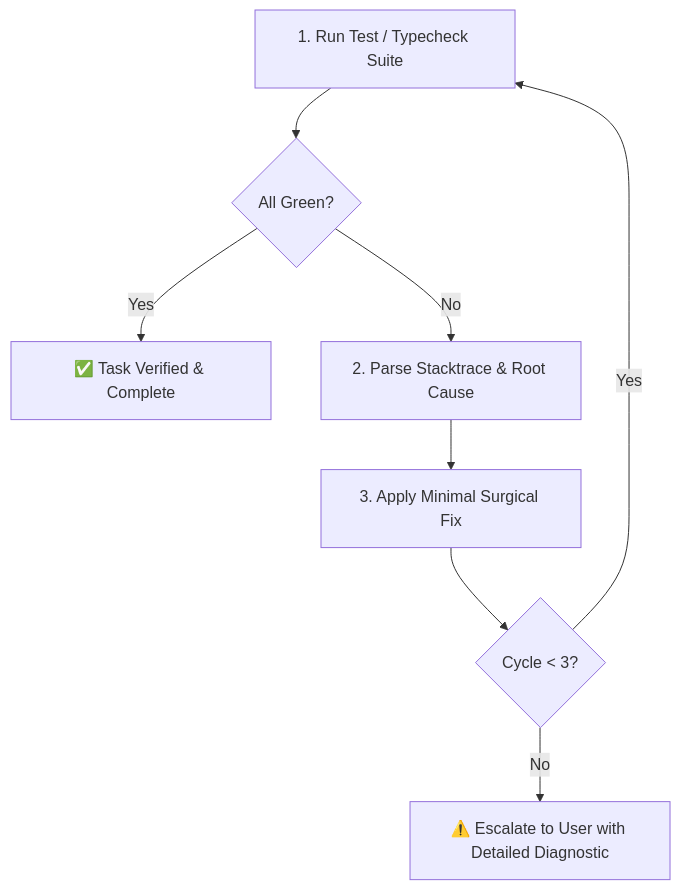
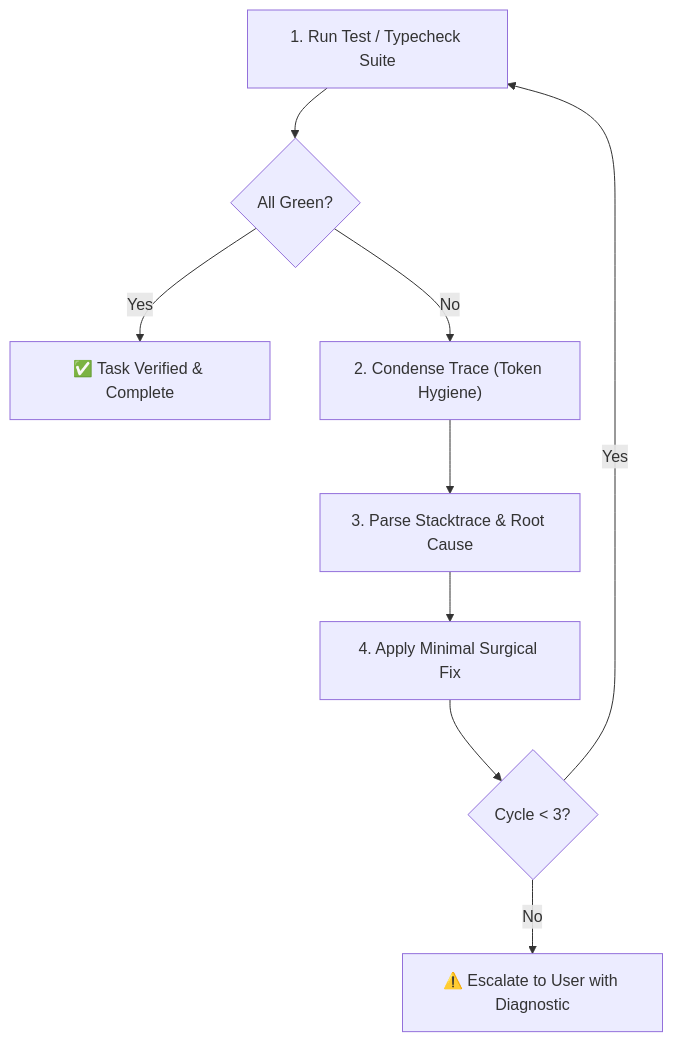
The diagram in skills/auto-debug/SKILL.md (pubule/antigravity-dev-suite), drawn with Mermaid before and after one commit. The commit also changed other lines of this file and 5 other files, not shown here.

````diff
--- a/skills/auto-debug/SKILL.md
+++ b/skills/auto-debug/SKILL.md
@@ -38,10 +38,11 @@
 ```mermaid
 flowchart TD
     RunTests["1. Run Test / Typecheck Suite"] --> CheckResult{"All Green?"}
     CheckResult -- Yes --> Done["✅ Task Verified & Complete"]
-    CheckResult -- No --> Analyze["2. Parse Stacktrace & Root Cause"]
-    Analyze --> SurgicalFix["3. Apply Minimal Surgical Fix"]
+    CheckResult -- No --> Condense["2. Condense Trace (Token Hygiene)"]
+    Condense --> Analyze["3. Parse Stacktrace & Root Cause"]
+    Analyze --> SurgicalFix["4. Apply Minimal Surgical Fix"]
     SurgicalFix --> CycleCheck{"Cycle < 3?"}
     CycleCheck -- Yes --> RunTests
-    CycleCheck -- No --> Escalate["⚠️ Escalate to User with Detailed Diagnostic"]
+    CycleCheck -- No --> Escalate["⚠️ Escalate to User with Diagnostic"]
 ```
````
